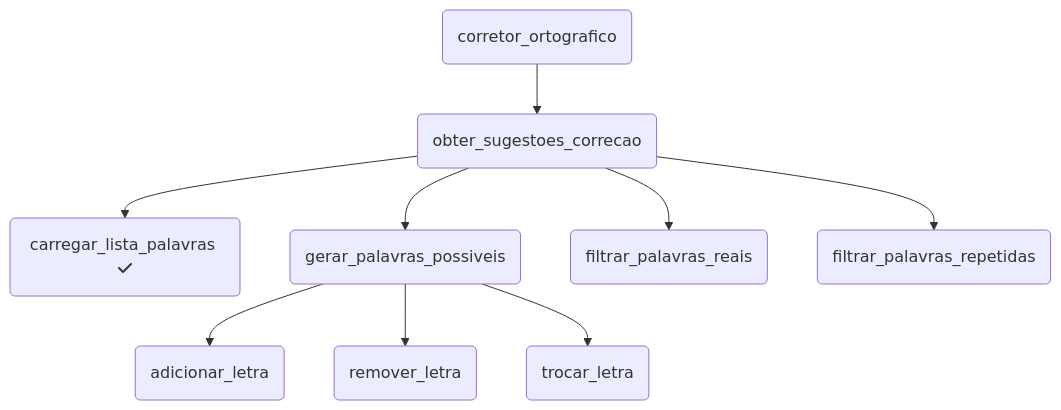
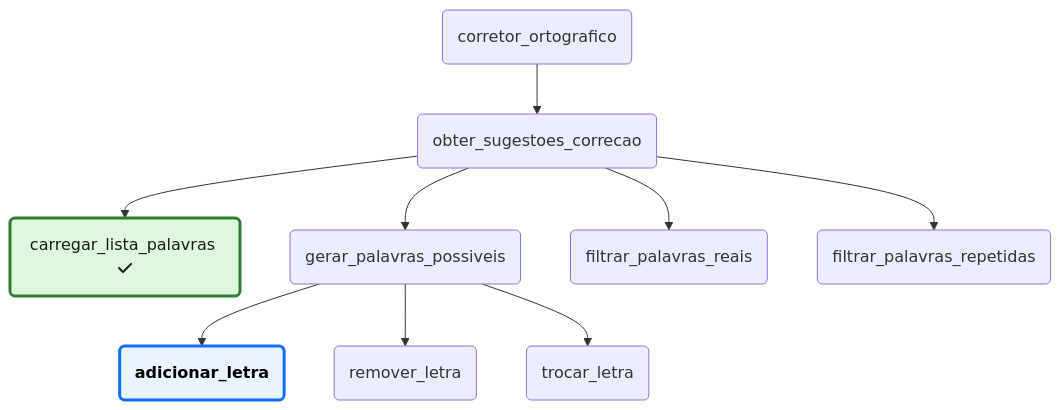
Before and after one commit to ufla-pasia/pasia-slides: the sixth of 11 diagrams in aula_t4.qmd, drawn with Mermaid. The commit also changed other lines of this file and 2 other files, not shown here.

Commit message:
t4: melhorias diagramas e outros

````diff
--- a/aula_t4.qmd
+++ b/aula_t4.qmd
@@ -712,11 +732,17 @@
 ```{mermaid}
 flowchart TD
   A(corretor_ortografico) --> B(obter_sugestoes_correcao)
   B --> C1(carregar_lista_palavras fa:fa-check)
   B --> C2(gerar_palavras_possiveis)
   C2 --> D1(adicionar_letra)
   C2 --> D2(remover_letra)
   C2 --> D3(trocar_letra)
   B --> C3(filtrar_palavras_reais)
   B --> C4(filtrar_palavras_repetidas)
+  
+  classDef Concluido fill:#dff7df,stroke:#2e7d32,stroke-width:3px,color:#1a1a1a;
+  class C1 Concluido;
+
+  classDef Foco fill:#eaf3ff,stroke:#0d6efd,stroke-width:3px,color:#000,font-weight:bold
+  class D1 Foco;
 ```
````
